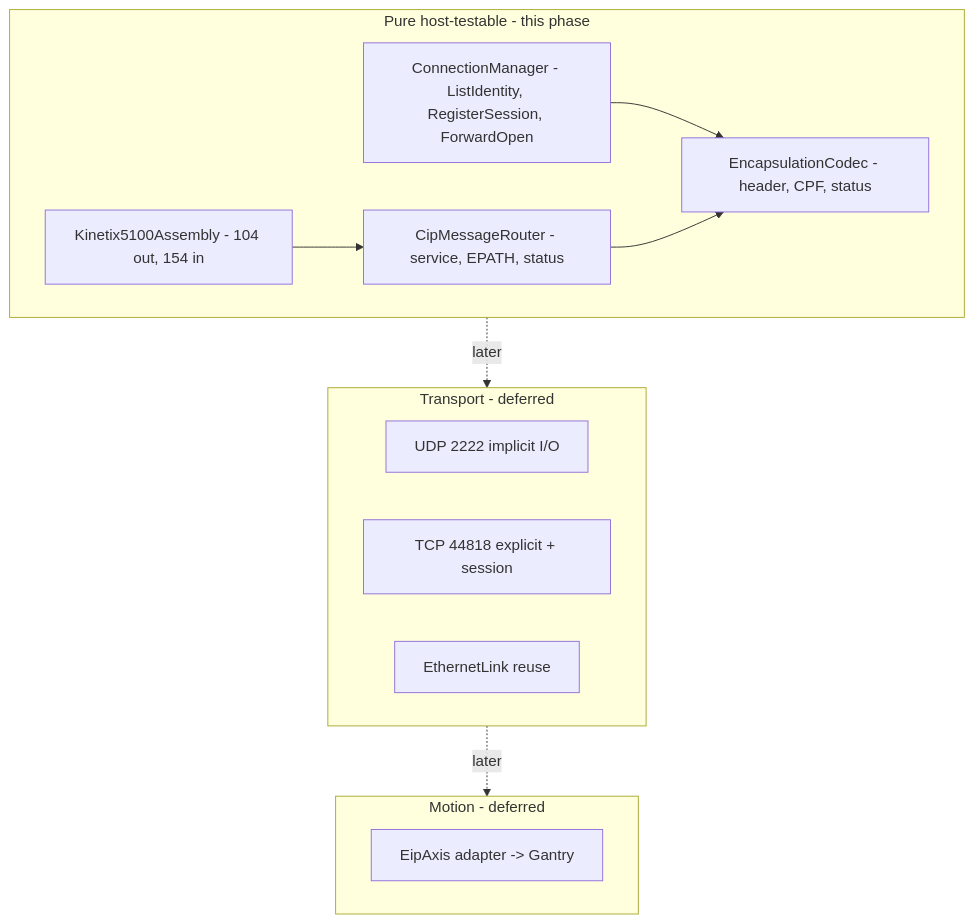
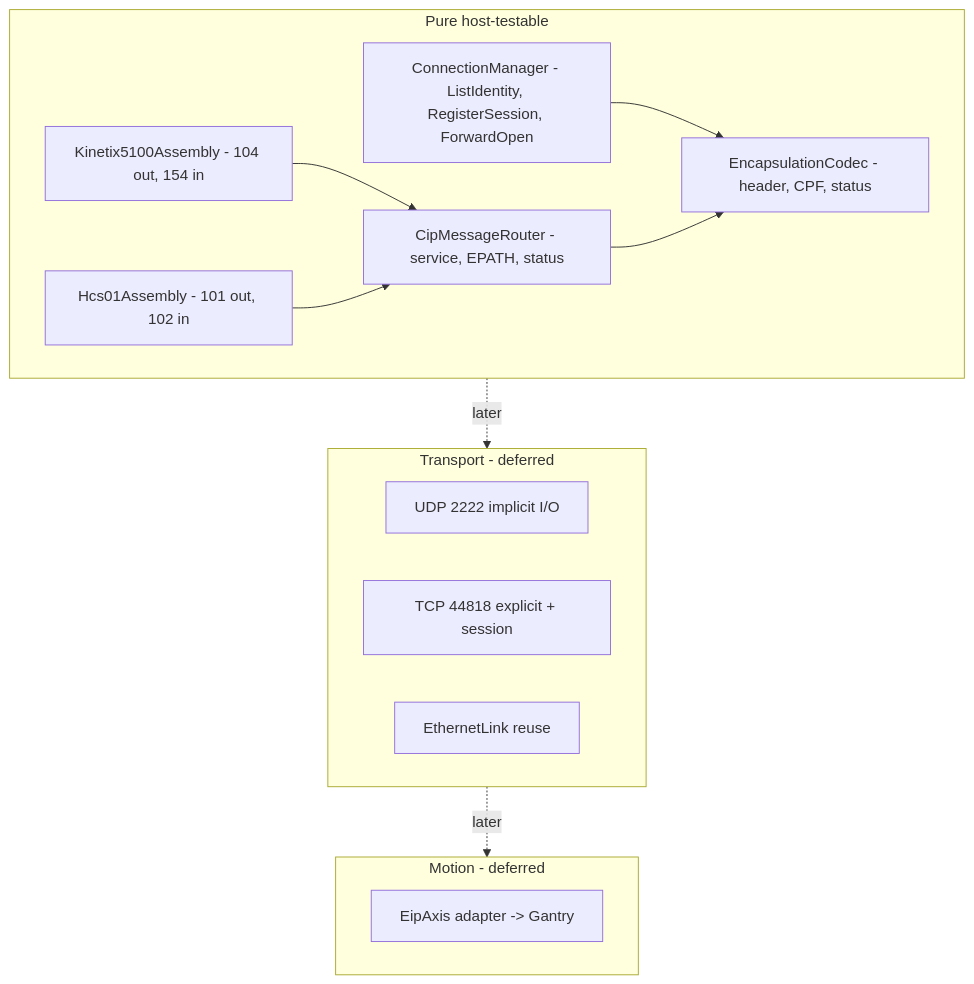
Before and after one commit to Mynderse-Research-Lab/wt32-eth01-FreeRTOS: the diagram in docs/EIP_MIGRATION.md, drawn with Mermaid. The commit also changed other lines of this file and 8 other files, not shown here.

First line of the commit message:
Add HCS01 EtherNet/IP assembly layer with host tests

````diff
--- a/docs/EIP_MIGRATION.md
+++ b/docs/EIP_MIGRATION.md
@@ -173,22 +288,24 @@
 ```mermaid
 flowchart TB
-  subgraph pure [Pure host-testable - this phase]
+  subgraph pure [Pure host-testable]
     enc["EncapsulationCodec - header, CPF, status"]
     cip["CipMessageRouter - service, EPATH, status"]
     cm["ConnectionManager - ListIdentity, RegisterSession, ForwardOpen"]
     k5100["Kinetix5100Assembly - 104 out, 154 in"]
+    hcs01["Hcs01Assembly - 101 out, 102 in"]
   end
   subgraph transport [Transport - deferred]
     udp["UDP 2222 implicit I/O"]
     tcp["TCP 44818 explicit + session"]
     link["EthernetLink reuse"]
   end
   subgraph motion [Motion - deferred]
     axis["EipAxis adapter -> Gantry"]
   end
   cm --> enc
   k5100 --> cip
+  hcs01 --> cip
   cip --> enc
   pure -. later .-> transport
   transport -. later .-> motion
 ```
````
